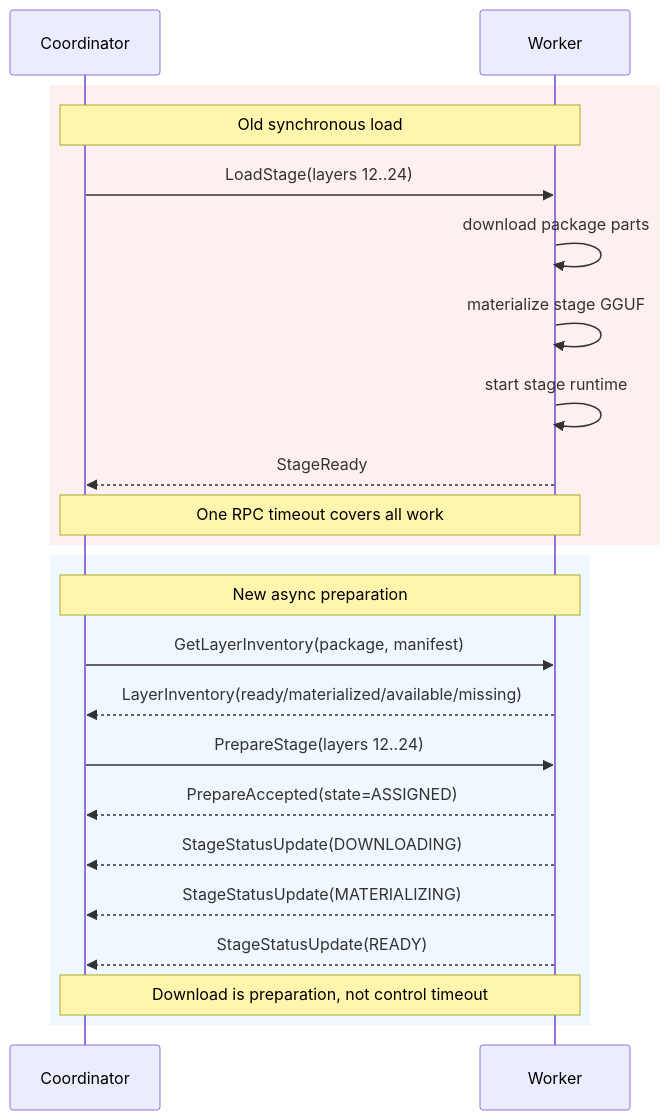
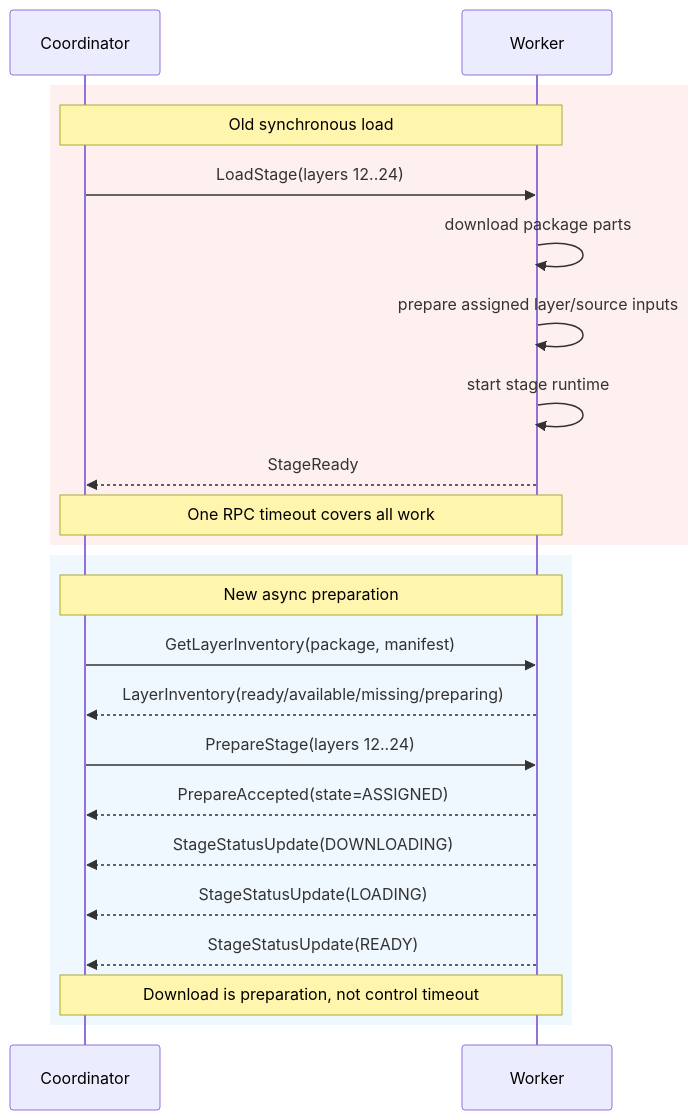
The second of 5 diagrams in docs/skippy/layer-inventory-pr-description.md (michaelneale/mesh-llm), drawn with Mermaid before and after one commit. The commit also changed other lines of this file and 5 other files, not shown here.

Commit message:
Add skippy layer inventory protocol skeleton

````diff
--- a/docs/skippy/layer-inventory-pr-description.md
+++ b/docs/skippy/layer-inventory-pr-description.md
@@ -71,27 +71,27 @@
 ```mermaid
 sequenceDiagram
     participant C as Coordinator
     participant W as Worker
 
     rect rgb(255, 240, 240)
     Note over C,W: Old synchronous load
     C->>W: LoadStage(layers 12..24)
     W->>W: download package parts
-    W->>W: materialize stage GGUF
+    W->>W: prepare assigned layer/source inputs
     W->>W: start stage runtime
     W-->>C: StageReady
     Note over C,W: One RPC timeout covers all work
     end
 
     rect rgb(240, 248, 255)
     Note over C,W: New async preparation
     C->>W: GetLayerInventory(package, manifest)
-    W-->>C: LayerInventory(ready/materialized/available/missing)
+    W-->>C: LayerInventory(ready/available/missing/preparing)
     C->>W: PrepareStage(layers 12..24)
     W-->>C: PrepareAccepted(state=ASSIGNED)
     W-->>C: StageStatusUpdate(DOWNLOADING)
-    W-->>C: StageStatusUpdate(MATERIALIZING)
+    W-->>C: StageStatusUpdate(LOADING)
     W-->>C: StageStatusUpdate(READY)
     Note over C,W: Download is preparation, not control timeout
     end
 ```
````
